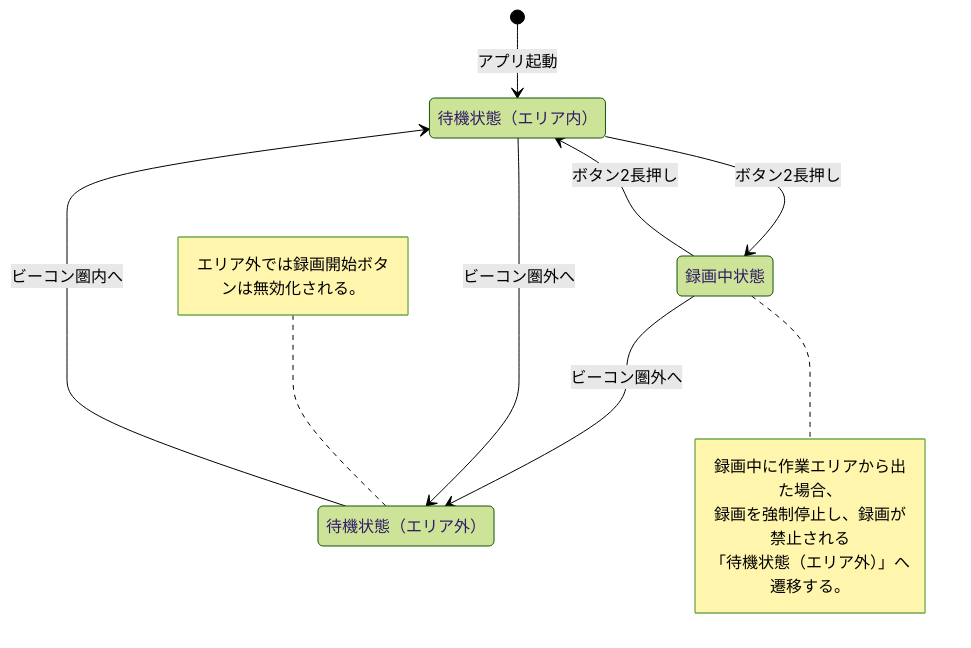
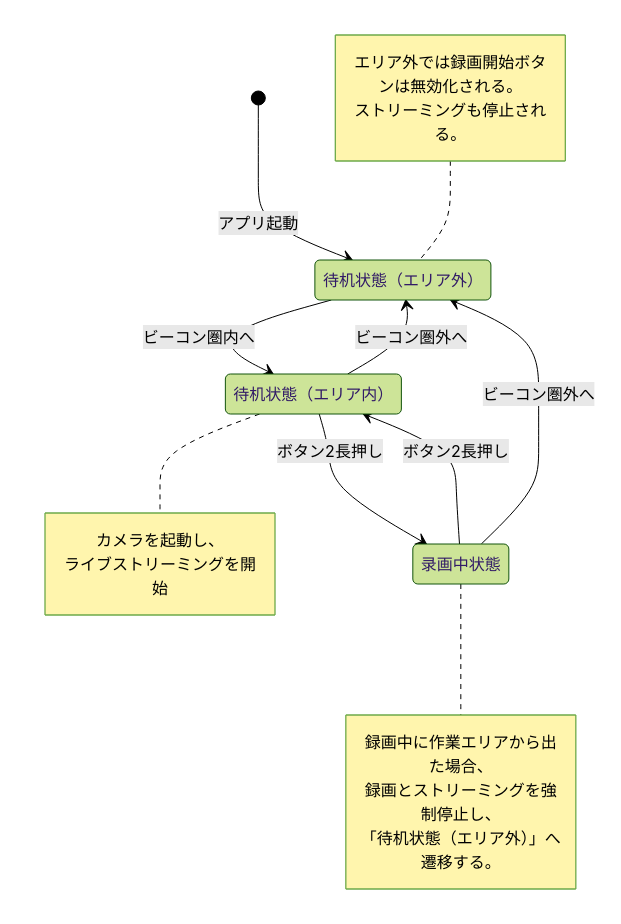
The second of 3 diagrams in docs/android_spec.md (yyren7/thinklet.fivechannel.video.recorder), drawn with Mermaid (forest theme) before and after one commit. The commit also changed other lines of this file and 1 other file, not shown here.

````diff
--- a/docs/android_spec.md
+++ b/docs/android_spec.md
@@ -202,20 +231,25 @@
 ```mermaid
 stateDiagram-v2
-    [*] --> 待機状態（エリア内）: アプリ起動
-    待機状態（エリア内） --> 録画中状態: ボタン2長押し
-    録画中状態 --> 待機状態（エリア内）: ボタン2長押し
-
-    録画中状態 --> 待機状態（エリア外）: ビーコン圏外へ
-    note right of 録画中状態
-        録画中に作業エリアから出た場合、
-        録画を強制停止し、録画が禁止される
-        「待機状態（エリア外）」へ遷移する。
+    [*] --> 待机状態（エリア外）: アプリ起動
+    待机状態（エリア外） --> 待机状態（エリア内）: ビーコン圏内へ
+    note right of 待机状態（エリア内）
+        カメラを起動し、
+        ライブストリーミングを開始
     end note
 
-    待機状態（エリア内） --> 待機状態（エリア外）: ビーコン圏外へ
-    note left of 待機状態（エリア外）
-        エリア外では録画開始ボタンは無効化される。
+    待机状態（エリア内） --> 录画中状態: ボタン2長押し
+    录画中状態 --> 待机状態（エリア内）: ボタン2長押し
+
+    录画中状態 --> 待机状態（エリア外）: ビーコン圏外へ
+    note right of 录画中状態
+        録画中に作業エリアから出た場合、
+        録画とストリーミングを強制停止し、
+        「待机状態（エリア外）」へ遷移する。
     end note
 
-    待機状態（エリア外） --> 待機状態（エリア内）: ビーコン圏内へ
+    待机状態（エリア内） --> 待机状態（エリア外）: ビーコン圏外へ
+    note left of 待机状態（エリア外）
+        エリア外では録画開始ボタンは無効化される。
+        ストリーミングも停止される。
+    end note
 ```
````
